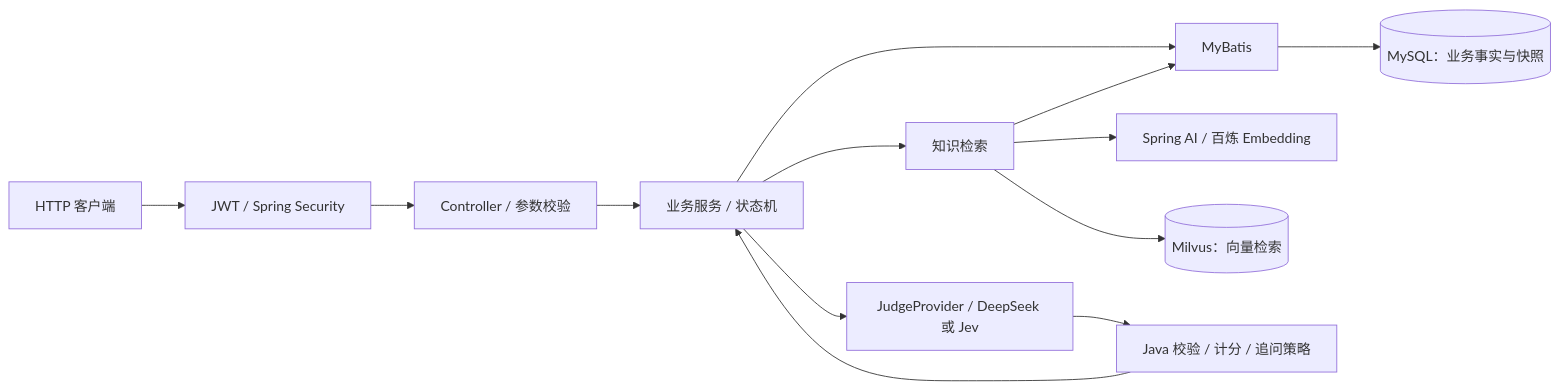
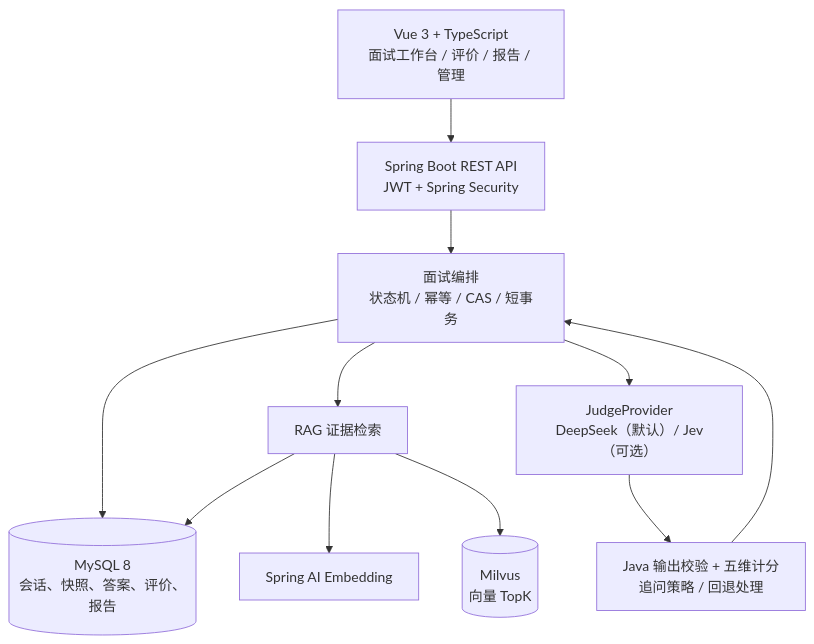
One commit to kun520c/ai-interview-system changed the diagram in README.md. Above: the diagram before and after it, drawn with Mermaid. The commit also changed other lines of this file and 4 other files, not shown here.

````diff
--- a/README.md
+++ b/README.md
@@ -31,15 +48,13 @@
 ```mermaid
-flowchart LR
-    Client[HTTP 客户端] --> Security[JWT / Spring Security]
-    Security --> API[Controller / 参数校验]
-    API --> Service[业务服务 / 状态机]
-    Service --> Mapper[MyBatis]
-    Mapper --> MySQL[(MySQL：业务事实与快照)]
-    Service --> RAG[知识检索]
-    RAG --> Embedding[Spring AI / 百炼 Embedding]
-    RAG --> Milvus[(Milvus：向量检索)]
-    RAG --> Mapper
-    Service --> Judge[JudgeProvider / DeepSeek 或 Jev]
-    Judge --> Validate[Java 校验 / 计分 / 追问策略]
-    Validate --> Service
+flowchart TB
+    UI["Vue 3 + TypeScript<br/>面试工作台 / 评价 / 报告 / 管理"] --> API["Spring Boot REST API<br/>JWT + Spring Security"]
+    API --> S["面试编排<br/>状态机 / 幂等 / CAS / 短事务"]
+    S --> DB[("MySQL 8<br/>会话、快照、答案、评价、报告")]
+    S --> RAG["RAG 证据检索"]
+    RAG --> EMB["Spring AI Embedding"]
+    RAG --> VDB[("Milvus<br/>向量 TopK")]
+    RAG --> DB
+    S --> J["JudgeProvider<br/>DeepSeek（默认）/ Jev（可选）"]
+    J --> CHECK["Java 输出校验 + 五维计分<br/>追问策略 / 回退处理"]
+    CHECK --> S
 ```
````
